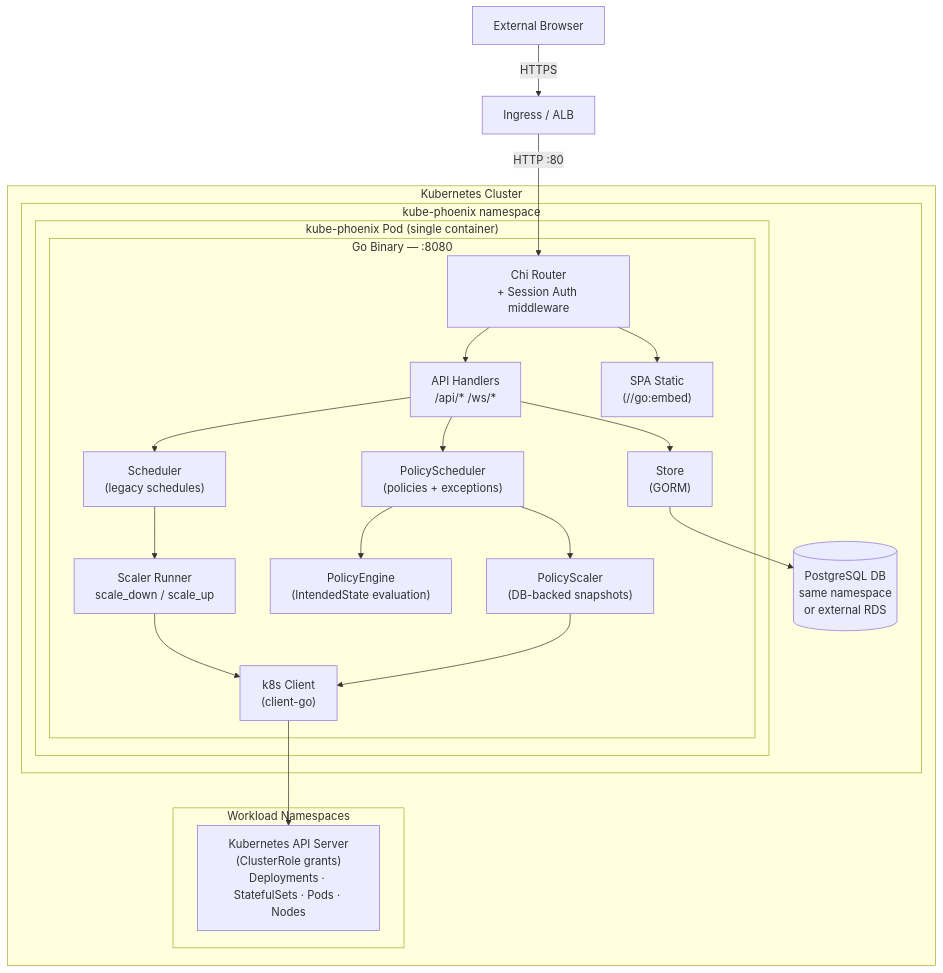
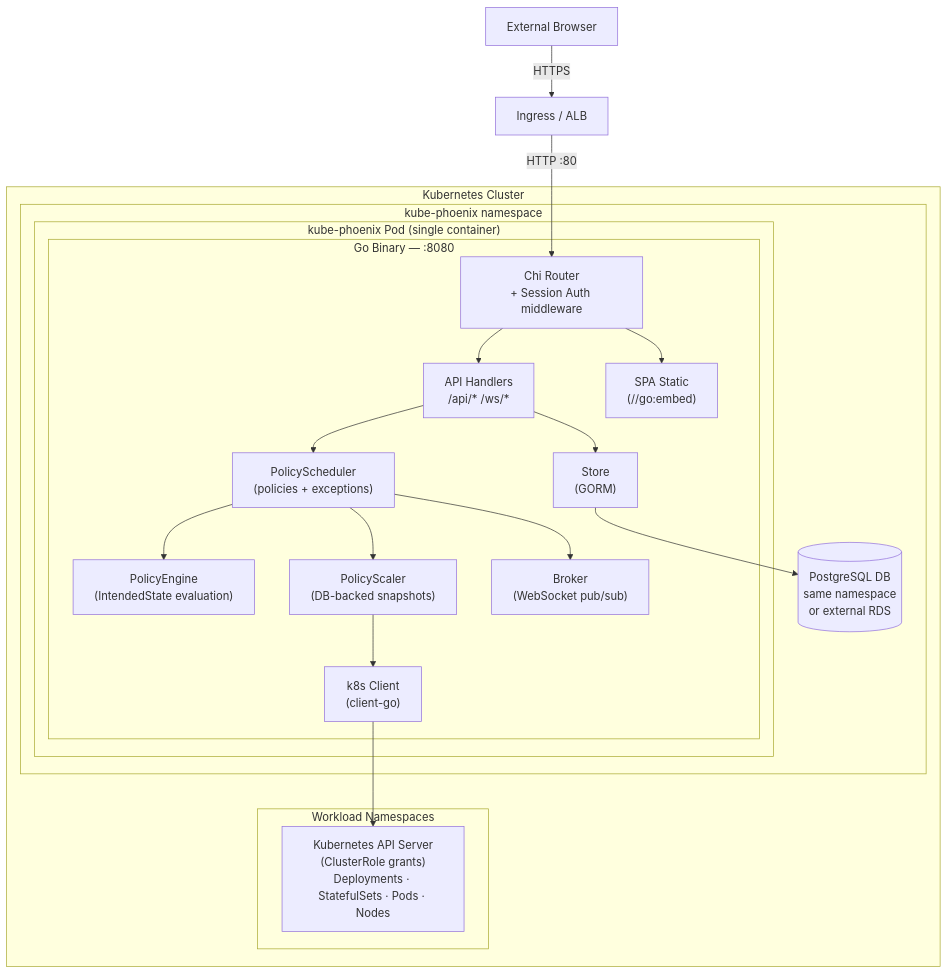
The first of 9 diagrams in ARCHITECTURE.md (MacXsimilian/kube-phoenix), drawn with Mermaid before and after one commit. The commit also changed other lines of this file and 6 other files, not shown here.

````diff
--- a/ARCHITECTURE.md
+++ b/ARCHITECTURE.md
@@ -89,43 +89,40 @@
 ```mermaid
 flowchart TB
     Browser["External Browser"]
     ALB["Ingress / ALB"]
 
     subgraph Cluster["Kubernetes Cluster"]
         subgraph NS["kube-phoenix namespace"]
             subgraph Pod["kube-phoenix Pod (single container)"]
                 subgraph Binary["Go Binary — :8080"]
                     Router["Chi Router<br/>+ Session Auth middleware"]
                     Handlers["API Handlers<br/>/api/*  /ws/*"]
-                    Scheduler["Scheduler<br/>(legacy schedules)"]
-                    Scaler["Scaler Runner<br/>scale_down / scale_up"]
                     PolicyScheduler["PolicyScheduler<br/>(policies + exceptions)"]
                     PolicyEngine["PolicyEngine<br/>(IntendedState evaluation)"]
                     PolicyScaler["PolicyScaler<br/>(DB-backed snapshots)"]
+                    Broker["Broker<br/>(WebSocket pub/sub)"]
                     Store["Store<br/>(GORM)"]
                     SPA["SPA Static<br/>(//go:embed)"]
                     K8sClient["k8s Client<br/>(client-go)"]
                 end
             end
             PG[("PostgreSQL DB<br/>same namespace<br/>or external RDS")]
         end
         subgraph Workloads["Workload Namespaces"]
             K8sAPI["Kubernetes API Server<br/>(ClusterRole grants)<br/>Deployments · StatefulSets · Pods · Nodes"]
         end
     end
 
     Browser -- "HTTPS" --> ALB
     ALB -- "HTTP :80" --> Router
     Router --> Handlers
     Router --> SPA
-    Handlers --> Scheduler
     Handlers --> PolicyScheduler
     Handlers --> Store
-    Scheduler --> Scaler
     PolicyScheduler --> PolicyEngine
     PolicyScheduler --> PolicyScaler
-    Scaler --> K8sClient
+    PolicyScheduler --> Broker
     PolicyScaler --> K8sClient
     K8sClient --> K8sAPI
     Store --> PG
 ```
````
